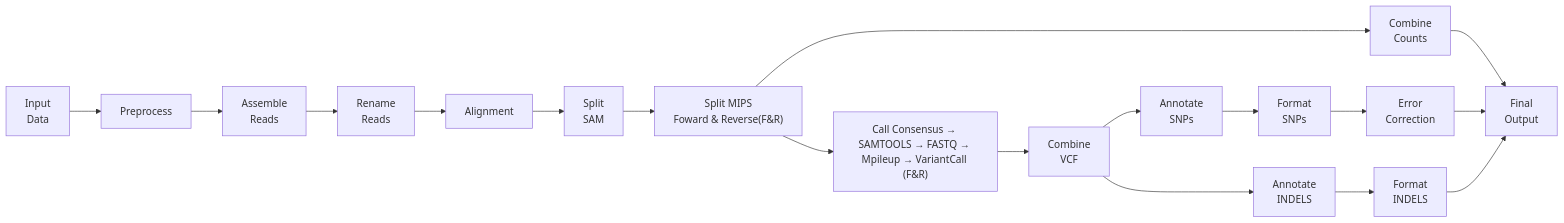
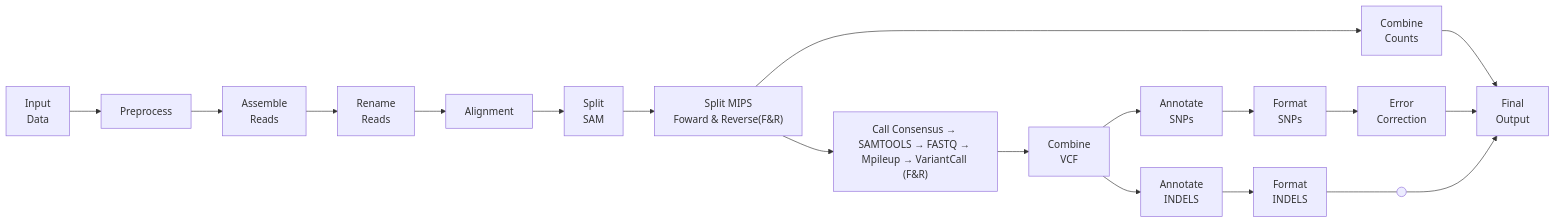
One commit to patkarlab/LSC_smMIPS_MRD changed the diagram in README.md. Above: the diagram before and after it, drawn with Mermaid.

Commit message:
pipeline summary added

````diff
--- a/README.md
+++ b/README.md
@@ -8,35 +8,35 @@
 ```mermaid
 flowchart LR
 	A["Input
 	Data"] --> B["Preprocess"] --> C["Assemble 
 	Reads"] --> D["Rename
 	Reads"] --> E["Alignment"]
 		
 	E --> F["Split
 	SAM"]
 	F --> G["Split MIPS
     Foward & Reverse(F&R)"]
 
-    G --> P["Combine
+	G --> P["Combine
 	Counts"]
-    G --> H["Call Consensus → SAMTOOLS → FASTQ → Mpileup → VariantCall (F&R)"]
-    
-    H --> I["Combine
+	G --> H["Call Consensus → SAMTOOLS → FASTQ → Mpileup → VariantCall (F&R)"]
+
+	H --> I["Combine
 	VCF"] 
 	I --> J["Annotate 
 	SNPs"] --> K["Format
 	SNPs"]
 
 	K --> L["Error
 	Correction"]
 	I --> M["Annotate
 	INDELS"] --> N["Format
-	INDELS"]
+	INDELS"] --- dummy1(( ))
 
 	P --> Q["Final
 	Output"]
 	L --> Q["Final
 	Output"]
-	N --> Q["Final
+	dummy1 --> Q["Final
 	Output"]
 ```
````
